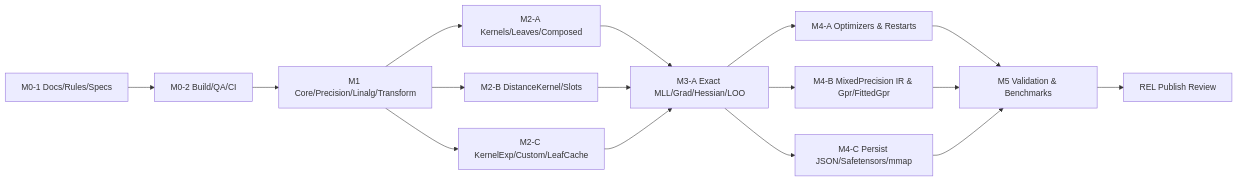
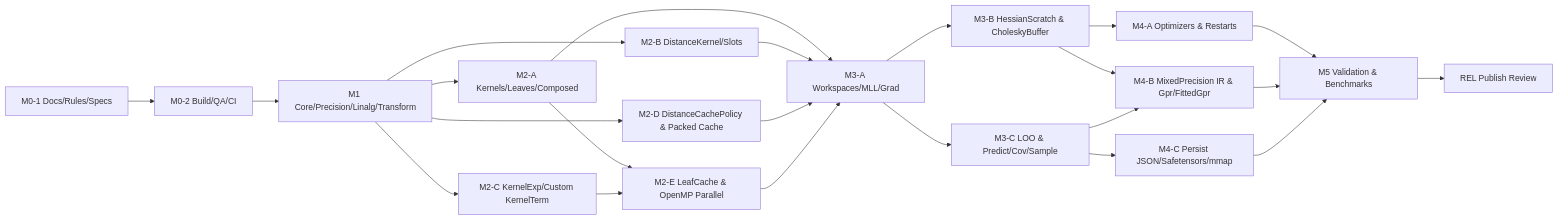
One commit to YUKIKEDA/cxxgpr changed the diagram in docs/roadmap.md. Above: the diagram before and after it, drawn with Mermaid. The commit also changed 6 other files, not shown here.

Commit message:
fix(docs): resolve PR #3 review findings on skills, architecture, and specs

````diff
--- a/docs/roadmap.md
+++ b/docs/roadmap.md
@@ -15,18 +15,25 @@
 ```mermaid
 flowchart LR
   M01["M0-1 Docs/Rules/Specs"] --> M02["M0-2 Build/QA/CI"]
   M02 --> M1["M1 Core/Precision/Linalg/Transform"]
   M1 --> M2A["M2-A Kernels/Leaves/Composed"]
   M1 --> M2B["M2-B DistanceKernel/Slots"]
-  M1 --> M2C["M2-C KernelExp/Custom/LeafCache"]
-  M2A --> M3A["M3-A Exact MLL/Grad/Hessian/LOO"]
+  M1 --> M2C["M2-C KernelExp/Custom KernelTerm"]
+  M1 --> M2D["M2-D DistanceCachePolicy & Packed Cache"]
+  M2A --> M2E["M2-E LeafCache & OpenMP Parallel"]
+  M2C --> M2E
+  M2A --> M3A["M3-A Workspaces/MLL/Grad"]
   M2B --> M3A
-  M2C --> M3A
-  M3A --> M4A["M4-A Optimizers & Restarts"]
-  M3A --> M4B["M4-B MixedPrecision IR & Gpr/FittedGpr"]
-  M3A --> M4C["M4-C Persist JSON/Safetensors/mmap"]
+  M2D --> M3A
+  M2E --> M3A
+  M3A --> M3B["M3-B HessianScratch & CholeskyBuffer"]
+  M3A --> M3C["M3-C LOO & Predict/Cov/Sample"]
+  M3B --> M4A["M4-A Optimizers & Restarts"]
+  M3B --> M4B["M4-B MixedPrecision IR & Gpr/FittedGpr"]
+  M3C --> M4B
+  M3C --> M4C["M4-C Persist JSON/Safetensors/mmap"]
   M4A --> M5["M5 Validation & Benchmarks"]
   M4B --> M5
   M4C --> M5
   M5 --> REL["REL Publish Review"]
 ```
````
